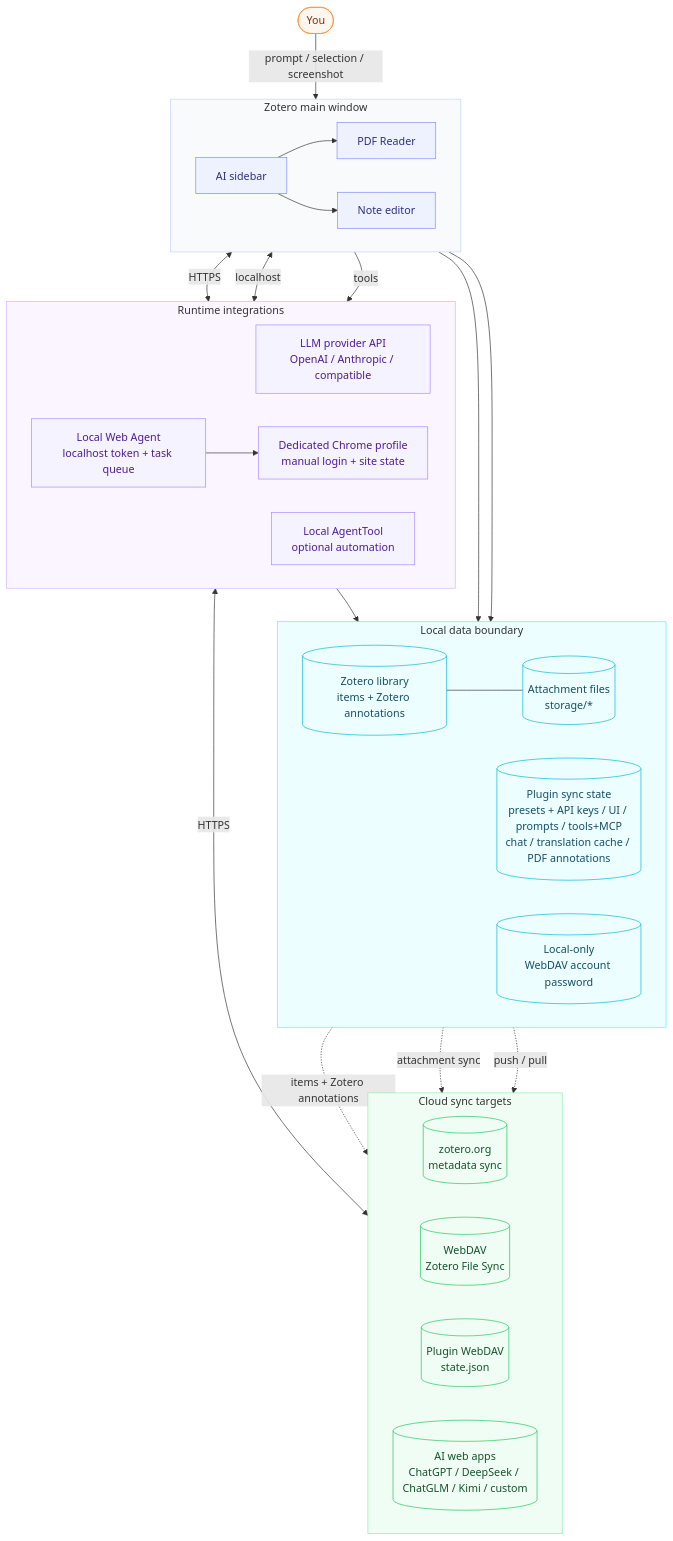
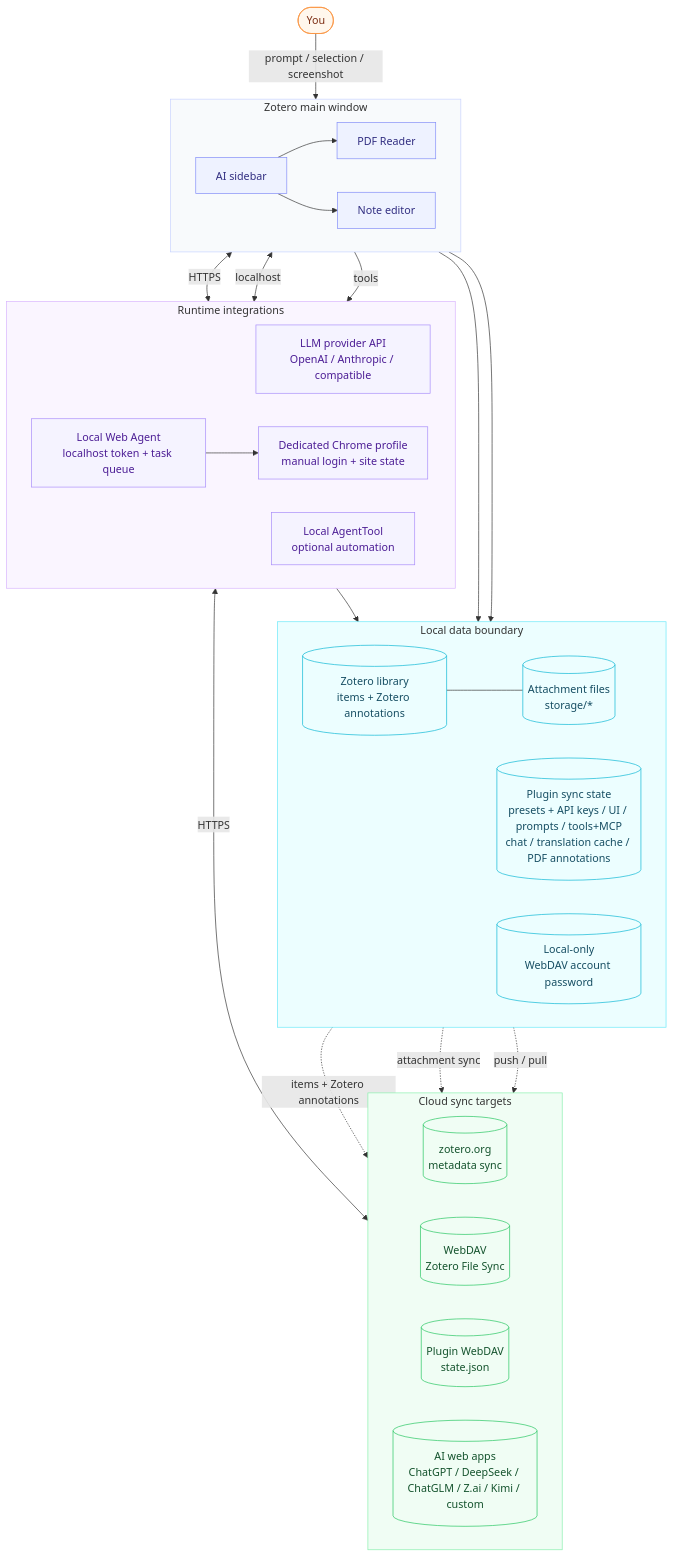
The first of 2 diagrams in README.md (xuhan-rgb/zotero-ai-sidebar), drawn with Mermaid before and after one commit. The commit also changed other lines of this file and 16 other files, not shown here.

Commit message:
feat: add Z.ai web provider and mark ChatGLM access restriction

````diff
--- a/README.md
+++ b/README.md
@@ -148,67 +148,67 @@
 ```mermaid
 flowchart TB
     User([You])
 
     subgraph UI[Zotero main window]
         direction LR
         Side[AI sidebar]
         PDF[PDF Reader]
         Note[Note editor]
         Side --> PDF
         Side --> Note
     end
 
     subgraph Local[Local data boundary]
         direction LR
         Core[(Zotero library<br/>items + Zotero annotations)]
         Files[(Attachment files<br/>storage/*)]
         PluginState[(Plugin sync state<br/>presets + API keys / UI / prompts / tools+MCP<br/>chat / translation cache / PDF annotations)]
         Secrets[(Local-only<br/>WebDAV account password)]
     end
 
     subgraph Runtime[Runtime integrations]
         direction LR
         Provider[LLM provider API<br/>OpenAI / Anthropic / compatible]
         WebAgent[Local Web Agent<br/>localhost token + task queue]
         Browser[Dedicated Chrome profile<br/>manual login + site state]
         Tools[Local AgentTool<br/>optional automation]
     end
 
     subgraph Cloud[Cloud sync targets]
         direction LR
         ZoteroOrg[(zotero.org<br/>metadata sync)]
         FileDAV[(WebDAV<br/>Zotero File Sync)]
         PluginDAV[(Plugin WebDAV<br/>state.json)]
-        WebApps[(AI web apps<br/>ChatGPT / DeepSeek / ChatGLM / Kimi / custom)]
+        WebApps[(AI web apps<br/>ChatGPT / DeepSeek / ChatGLM / Z.ai / Kimi / custom)]
     end
 
     User -->|prompt / selection / screenshot| Side
     Side <-->|HTTPS| Provider
     Side <-->|localhost| WebAgent
     WebAgent --> Browser
     Browser <-->|HTTPS| WebApps
     Side -->|tools| Tools
     Tools --> Core
     Side --> Secrets
     Side --> PluginState
     Core --- Files
 
     Core -.items + Zotero annotations.-> ZoteroOrg
     Files -.attachment sync.-> FileDAV
     PluginState -.push / pull.-> PluginDAV
 
     classDef actor fill:#fff7ed,stroke:#fb923c,color:#7c2d12,stroke-width:1px;
     classDef zotero fill:#eef2ff,stroke:#818cf8,color:#312e81,stroke-width:1px;
     classDef local fill:#ecfeff,stroke:#06b6d4,color:#164e63,stroke-width:1px;
     classDef runtime fill:#f5f3ff,stroke:#a78bfa,color:#4c1d95,stroke-width:1px;
     classDef cloud fill:#f0fdf4,stroke:#22c55e,color:#14532d,stroke-width:1px;
     class User actor;
     class Side,PDF,Note zotero;
     class Core,Files,PluginState,Secrets local;
     class Provider,WebAgent,Browser,Tools runtime;
     class ZoteroOrg,FileDAV,PluginDAV,WebApps cloud;
     style UI fill:#f8fafc,stroke:#c7d2fe,stroke-width:1px
     style Local fill:#ecfeff,stroke:#67e8f9,stroke-width:1px
     style Runtime fill:#faf5ff,stroke:#d8b4fe,stroke-width:1px
     style Cloud fill:#f0fdf4,stroke:#86efac,stroke-width:1px
 ```
````
